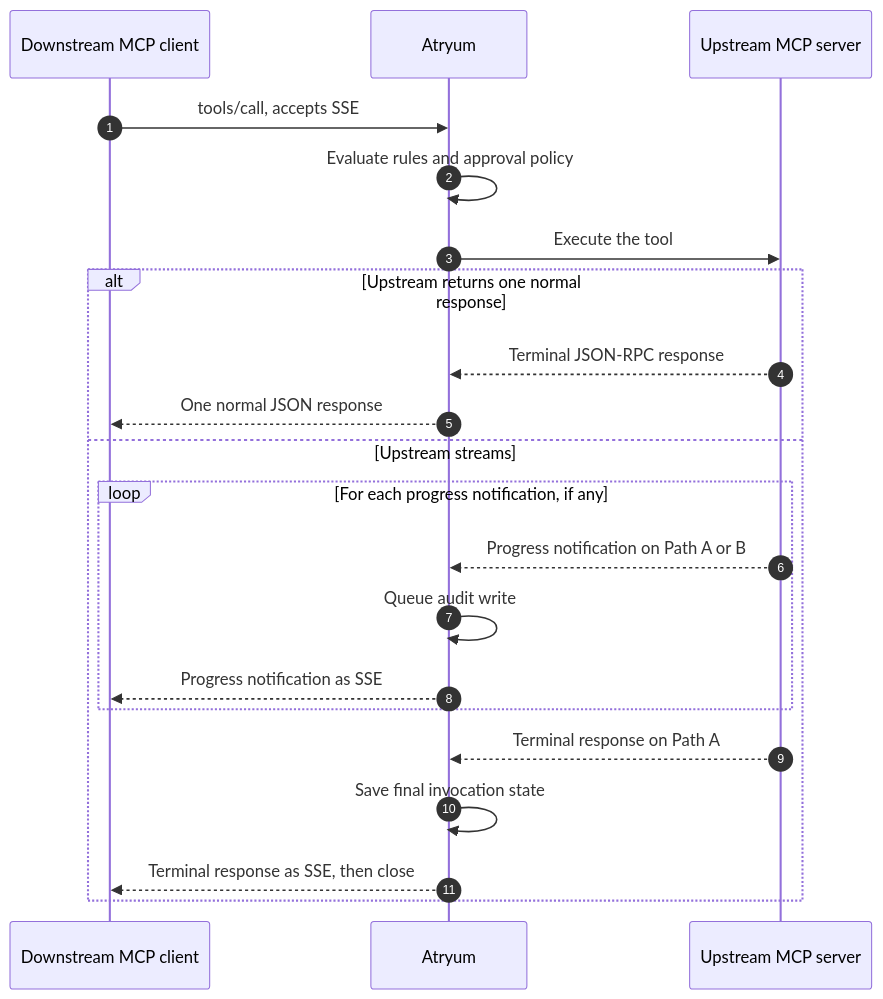
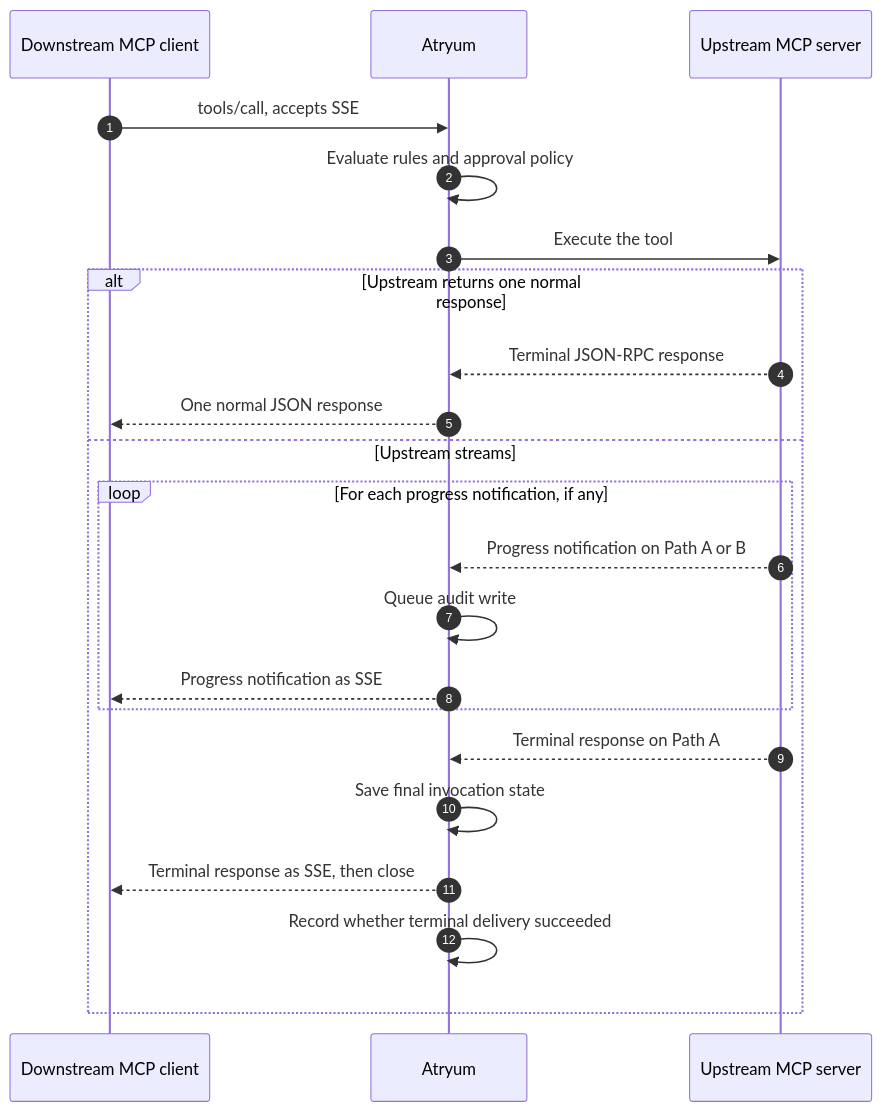
One commit to validmind/atryum changed the fifth of 7 diagrams in docs/architecture.md. Above: the diagram before and after it, drawn with Mermaid. The commit also changed other lines of this file and 9 other files, not shown here.

````diff
--- a/docs/architecture.md
+++ b/docs/architecture.md
@@ -301,24 +302,25 @@
 ```mermaid
 sequenceDiagram
     autonumber
     participant Client as Downstream MCP client
     participant Atryum
     participant Upstream as Upstream MCP server
 
     Client->>Atryum: tools/call, accepts SSE
     Atryum->>Atryum: Evaluate rules and approval policy
     Atryum->>Upstream: Execute the tool
     alt Upstream returns one normal response
         Upstream-->>Atryum: Terminal JSON-RPC response
         Atryum-->>Client: One normal JSON response
     else Upstream streams
         loop For each progress notification, if any
             Upstream-->>Atryum: Progress notification on Path A or B
             Atryum->>Atryum: Queue audit write
             Atryum-->>Client: Progress notification as SSE
         end
         Upstream-->>Atryum: Terminal response on Path A
         Atryum->>Atryum: Save final invocation state
         Atryum-->>Client: Terminal response as SSE, then close
+        Atryum->>Atryum: Record whether terminal delivery succeeded
     end
 ```
````
